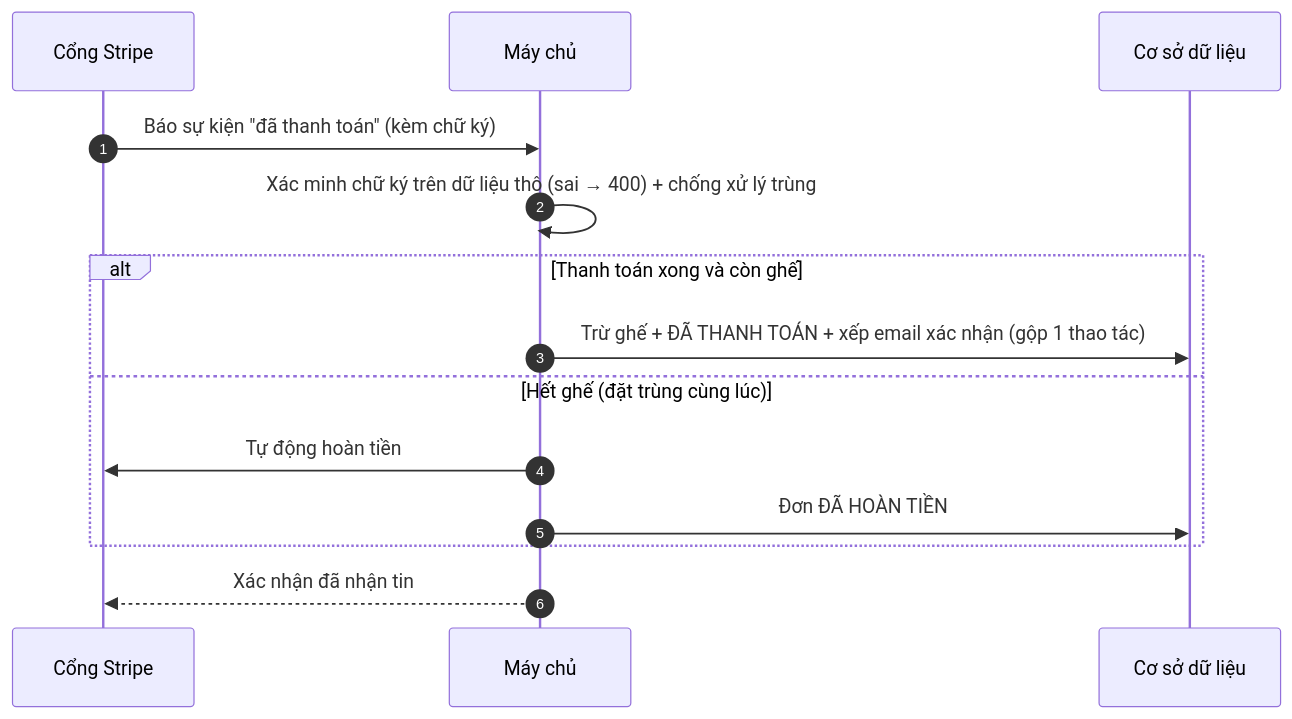
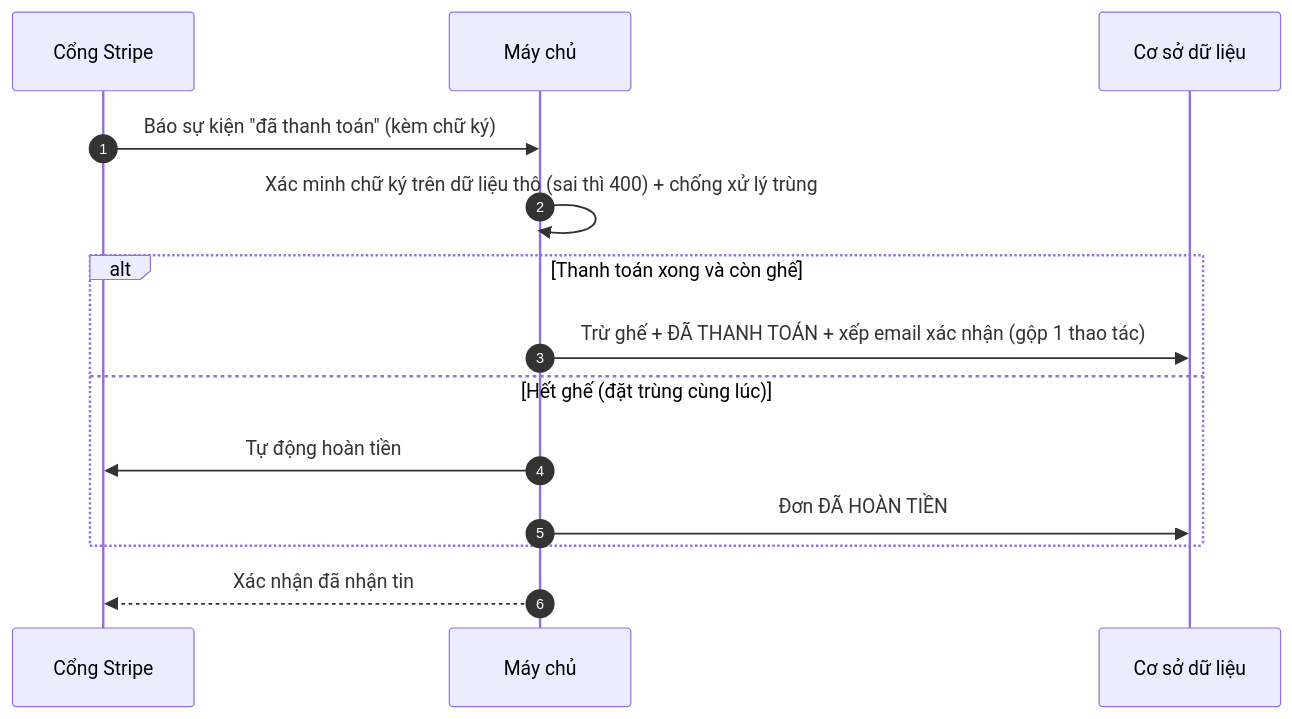
The third of 7 diagrams in docs/03-reference/diagrams-system.md (yurivolkov21/Tourism-Platform), drawn with Mermaid before and after one commit. The commit also changed other lines of this file and 3 other files, not shown here.

First line of the commit message:
docs(reference): fix Mermaid rendering — drop ; and unicode arrows from messages

````diff
--- a/docs/03-reference/diagrams-system.md
+++ b/docs/03-reference/diagrams-system.md
@@ -62,16 +62,16 @@
 ```mermaid
 sequenceDiagram
     autonumber
     participant PAY as Cổng Stripe
     participant API as Máy chủ
     participant DB as Cơ sở dữ liệu
     PAY->>API: Báo sự kiện "đã thanh toán" (kèm chữ ký)
-    API->>API: Xác minh chữ ký trên dữ liệu thô (sai → 400) + chống xử lý trùng
+    API->>API: Xác minh chữ ký trên dữ liệu thô (sai thì 400) + chống xử lý trùng
     alt Thanh toán xong và còn ghế
         API->>DB: Trừ ghế + ĐÃ THANH TOÁN + xếp email xác nhận (gộp 1 thao tác)
     else Hết ghế (đặt trùng cùng lúc)
         API->>PAY: Tự động hoàn tiền
         API->>DB: Đơn ĐÃ HOÀN TIỀN
     end
     API-->>PAY: Xác nhận đã nhận tin
 ```
````
